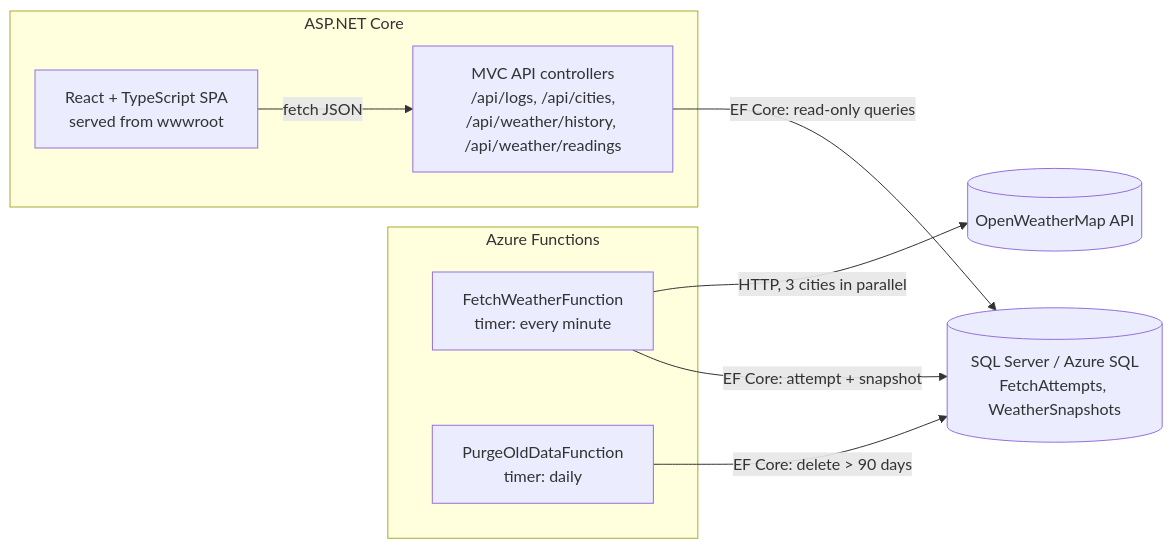
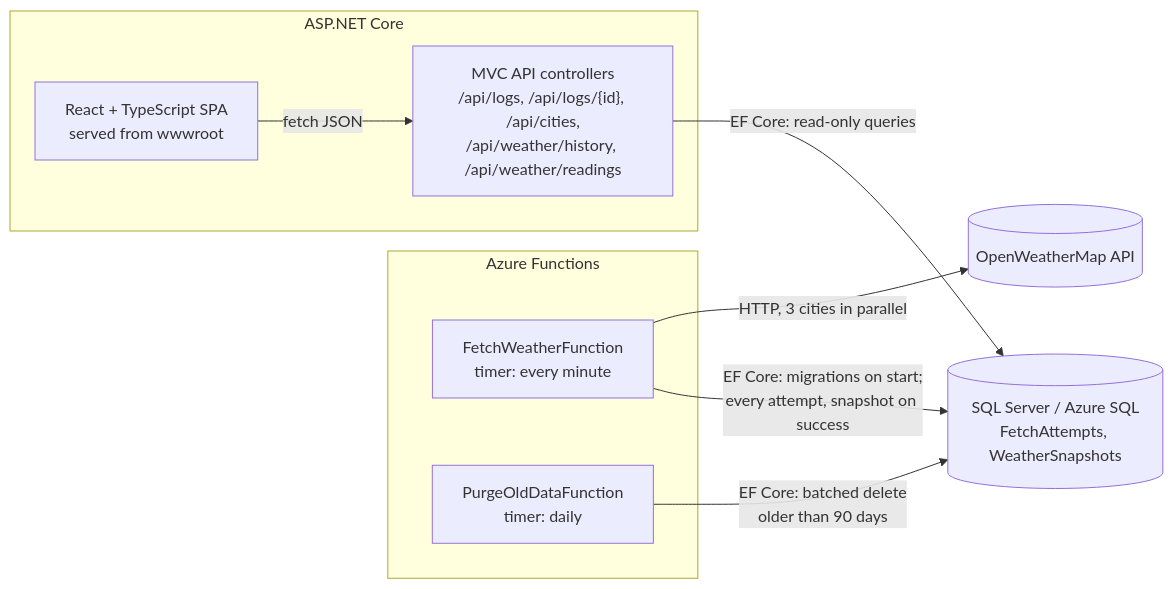
One commit to Dmitrijs-Blinkovs/weather-monitor changed the first of 2 diagrams in README.md. Above: the diagram before and after it, drawn with Mermaid.

````diff
--- a/README.md
+++ b/README.md
@@ -49,19 +49,19 @@
 ```mermaid
 flowchart LR
     OWM[(OpenWeatherMap API)]
     subgraph Azure Functions
         F[FetchWeatherFunction<br/>timer: every minute]
         P[PurgeOldDataFunction<br/>timer: daily]
     end
     subgraph ASP.NET Core
-        API[MVC API controllers<br/>/api/logs, /api/cities,<br/>/api/weather/history, /api/weather/readings]
+        API["MVC API controllers<br/>/api/logs, /api/logs/{id}, /api/cities,<br/>/api/weather/history, /api/weather/readings"]
         SPA[React + TypeScript SPA<br/>served from wwwroot]
     end
     DB[(SQL Server / Azure SQL<br/>FetchAttempts, WeatherSnapshots)]
 
     F -- "HTTP, 3 cities in parallel" --> OWM
-    F -- "EF Core: attempt + snapshot" --> DB
-    P -- "EF Core: delete > 90 days" --> DB
+    F -- "EF Core: migrations on start;<br/>every attempt, snapshot on success" --> DB
+    P -- "EF Core: batched delete<br/>older than 90 days" --> DB
     API -- "EF Core: read-only queries" --> DB
     SPA -- "fetch JSON" --> API
 ```
````
